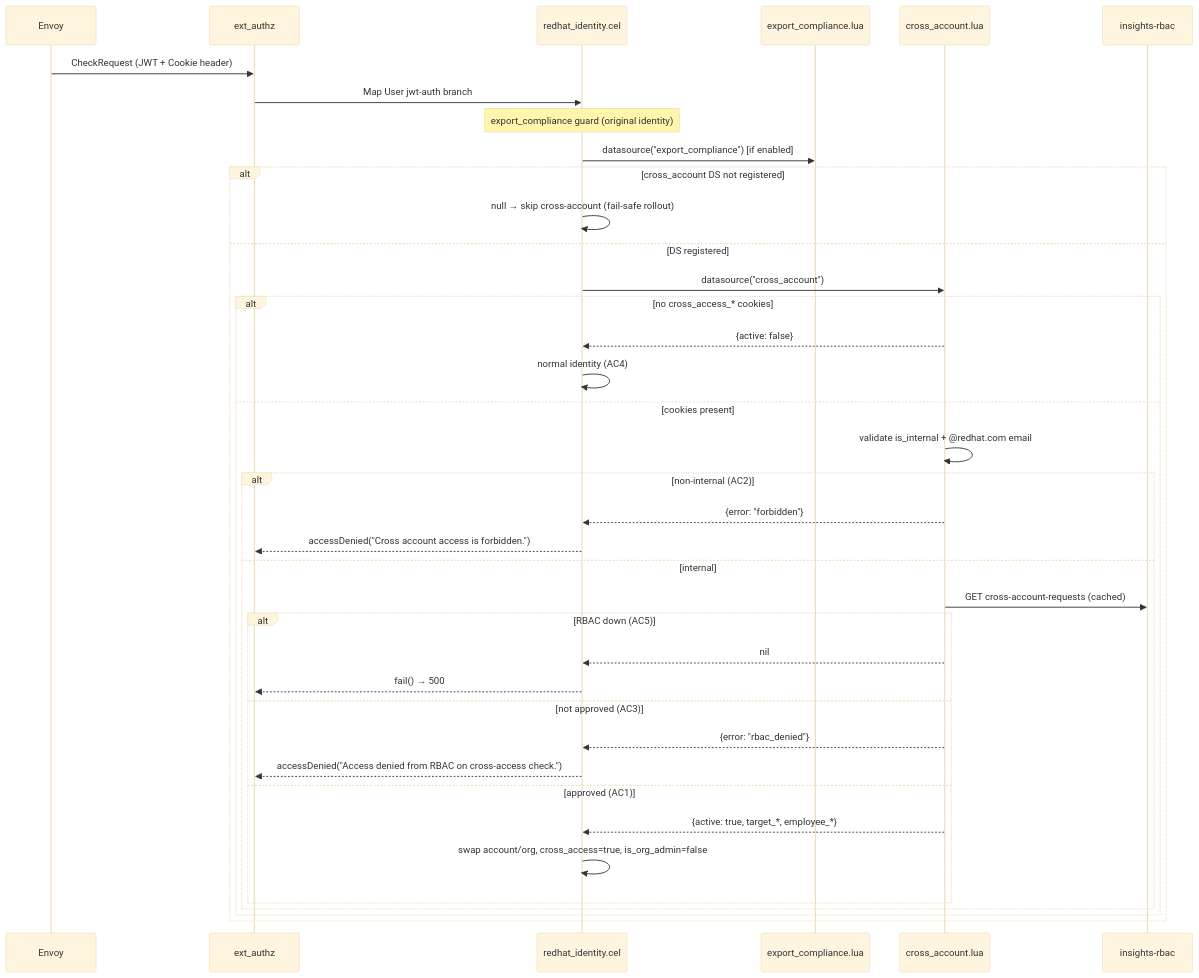
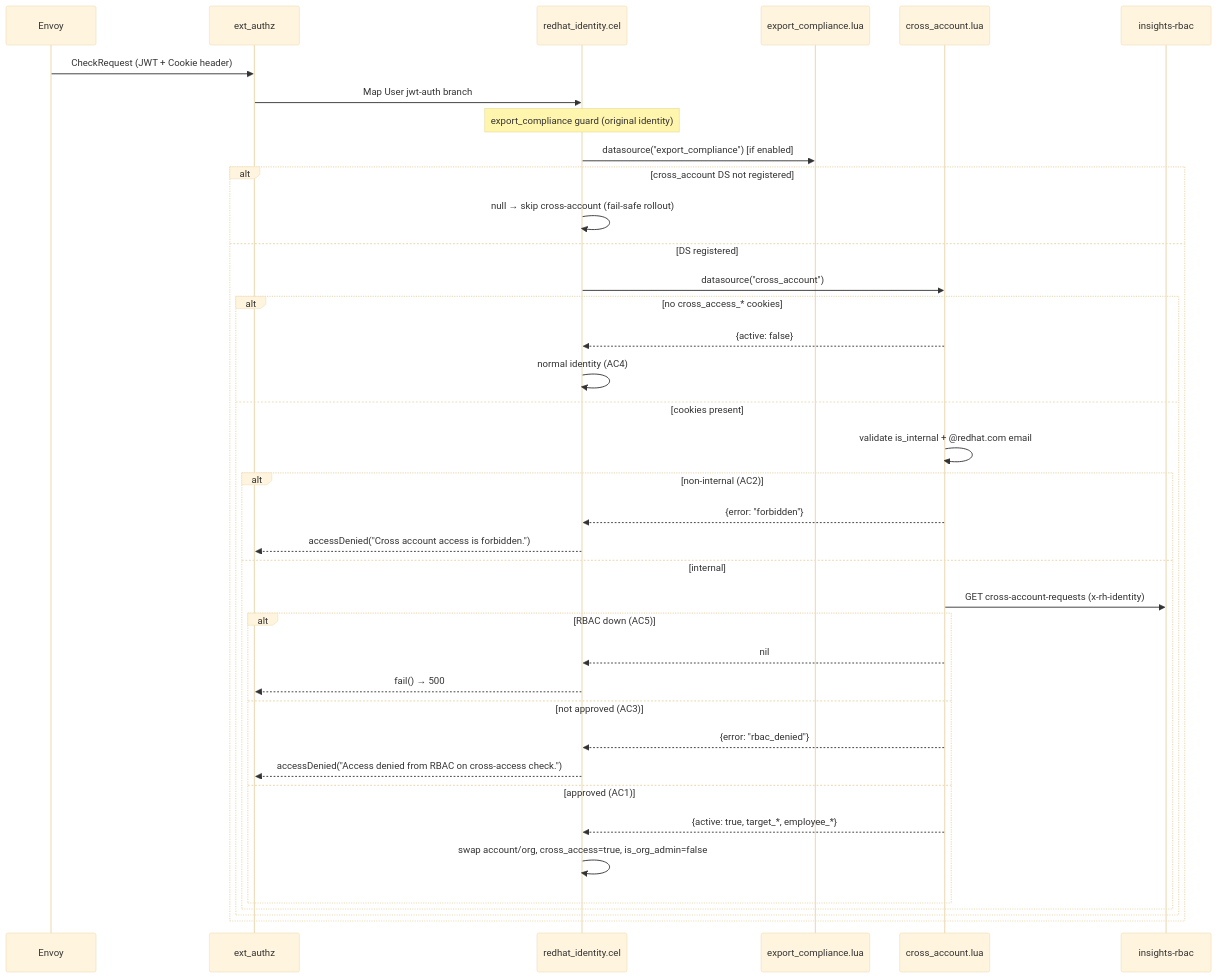
One commit to project-kessel/parsec changed the diagram in docs/impl-plans/RHCLOUD-47320.md. Above: the diagram before and after it, drawn with Mermaid (base theme). The commit also changed other lines of this file, not shown here.

````diff
--- a/docs/impl-plans/RHCLOUD-47320.md
+++ b/docs/impl-plans/RHCLOUD-47320.md
@@ -166,41 +205,41 @@
 ```mermaid
 sequenceDiagram
   participant Envoy
   participant Authz as ext_authz
   participant CEL as redhat_identity.cel
   participant Comp as export_compliance.lua
   participant XA as cross_account.lua
   participant RBAC as insights-rbac
 
   Envoy->>Authz: CheckRequest (JWT + Cookie header)
   Authz->>CEL: Map User jwt-auth branch
   Note over CEL: export_compliance guard (original identity)
   CEL->>Comp: datasource("export_compliance") [if enabled]
   alt cross_account DS not registered
     CEL->>CEL: null → skip cross-account (fail-safe rollout)
   else DS registered
     CEL->>XA: datasource("cross_account")
     alt no cross_access_* cookies
       XA-->>CEL: {active: false}
       CEL->>CEL: normal identity (AC4)
     else cookies present
       XA->>XA: validate is_internal + @redhat.com email
       alt non-internal (AC2)
         XA-->>CEL: {error: "forbidden"}
         CEL-->>Authz: accessDenied("Cross account access is forbidden.")
       else internal
-        XA->>RBAC: GET cross-account-requests (cached)
+        XA->>RBAC: GET cross-account-requests (x-rh-identity)
         alt RBAC down (AC5)
           XA-->>CEL: nil
           CEL-->>Authz: fail() → 500
         else not approved (AC3)
           XA-->>CEL: {error: "rbac_denied"}
           CEL-->>Authz: accessDenied("Access denied from RBAC on cross-access check.")
         else approved (AC1)
           XA-->>CEL: {active: true, target_*, employee_*}
           CEL->>CEL: swap account/org, cross_access=true, is_org_admin=false
         end
       end
     end
   end
 ```
````
